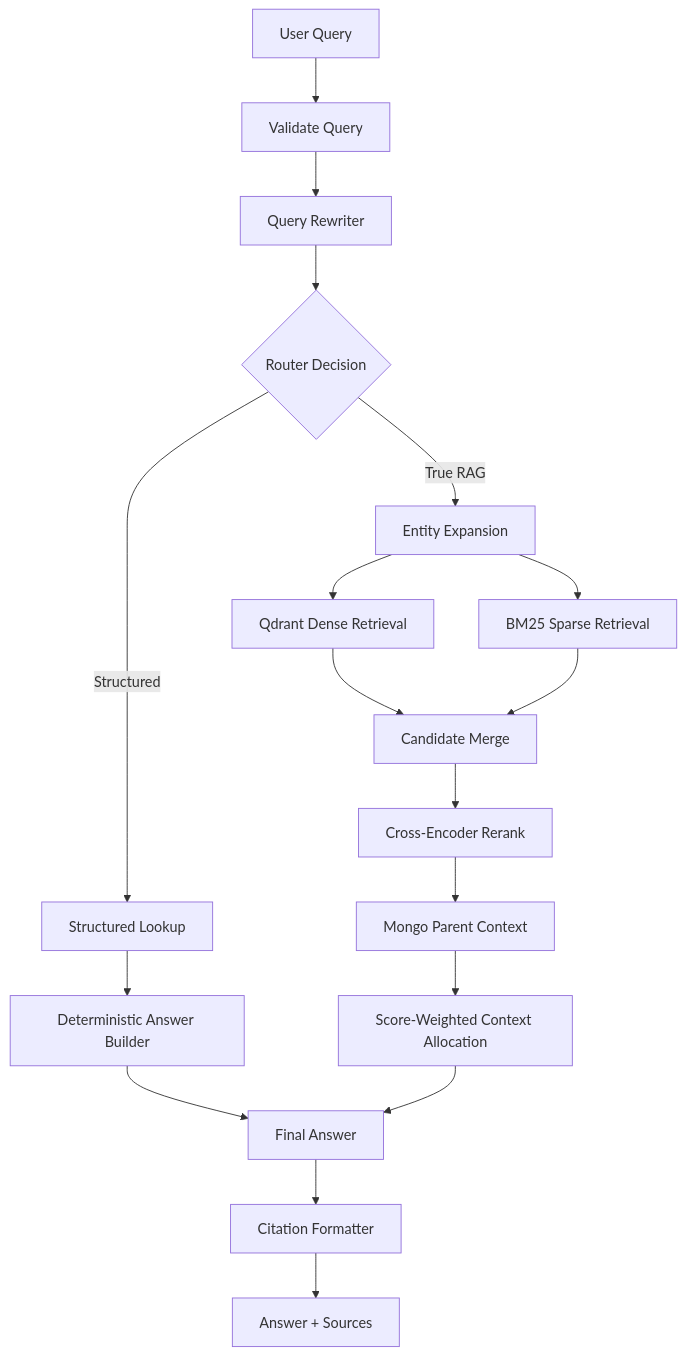
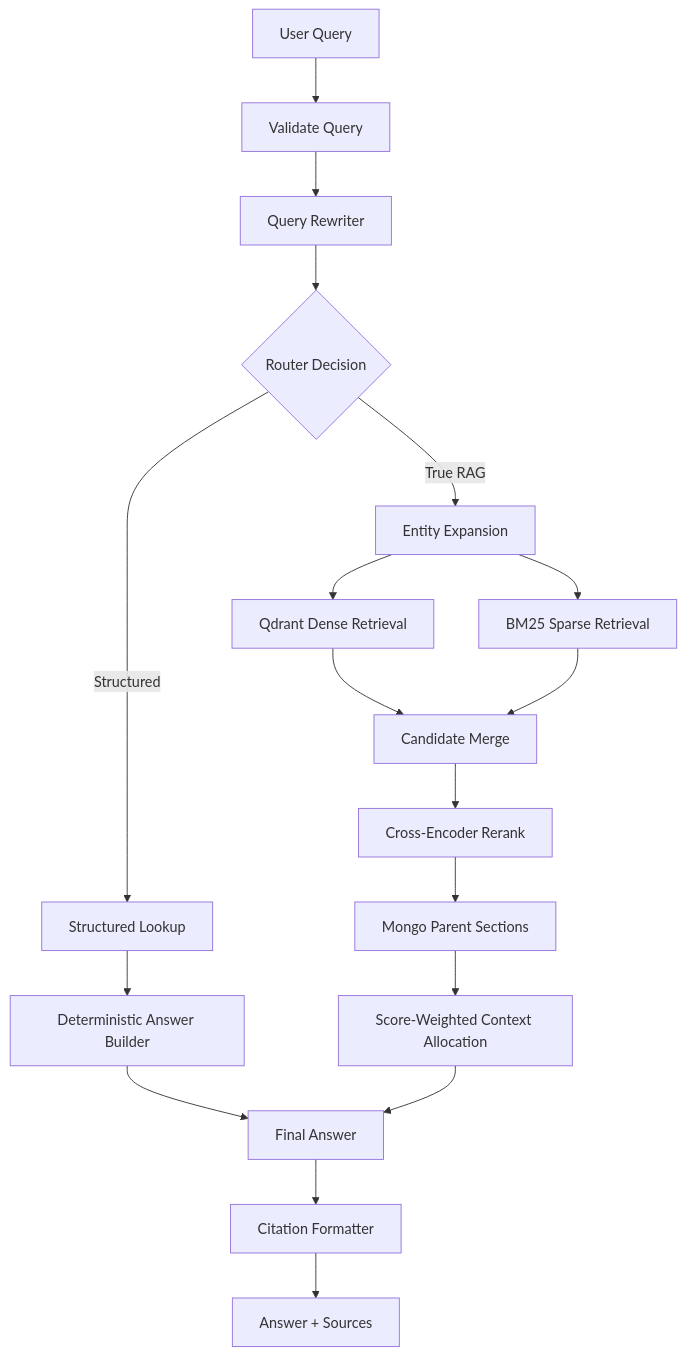
One commit to AnhPhiNe/student-handbook-rag-chatbot changed the second of 3 diagrams in README.md. Above: the diagram before and after it, drawn with Mermaid. The commit also changed other lines of this file, not shown here.

````diff
--- a/README.md
+++ b/README.md
@@ -139,23 +139,23 @@
 ```mermaid
 flowchart TD
     Query["User Query"] --> Validate["Validate Query"]
     Validate --> Rewrite["Query Rewriter"]
     Rewrite --> Route{"Router Decision"}
 
     Route -->|Structured| Structured["Structured Lookup"]
     Structured --> StructuredAnswer["Deterministic Answer Builder"]
 
     Route -->|True RAG| Expand["Entity Expansion"]
     Expand --> Vector["Qdrant Dense Retrieval"]
     Expand --> Sparse["BM25 Sparse Retrieval"]
     Vector --> Merge["Candidate Merge"]
     Sparse --> Merge
     Merge --> Rerank["Cross-Encoder Rerank"]
-    Rerank --> Parent["Mongo Parent Context"]
+    Rerank --> Parent["Mongo Parent Sections"]
     Parent --> Context["Score-Weighted Context Allocation"]
 
     StructuredAnswer --> Generate["Final Answer"]
     Context --> Generate
     Generate --> Cite["Citation Formatter"]
     Cite --> Output["Answer + Sources"]
 ```
````
